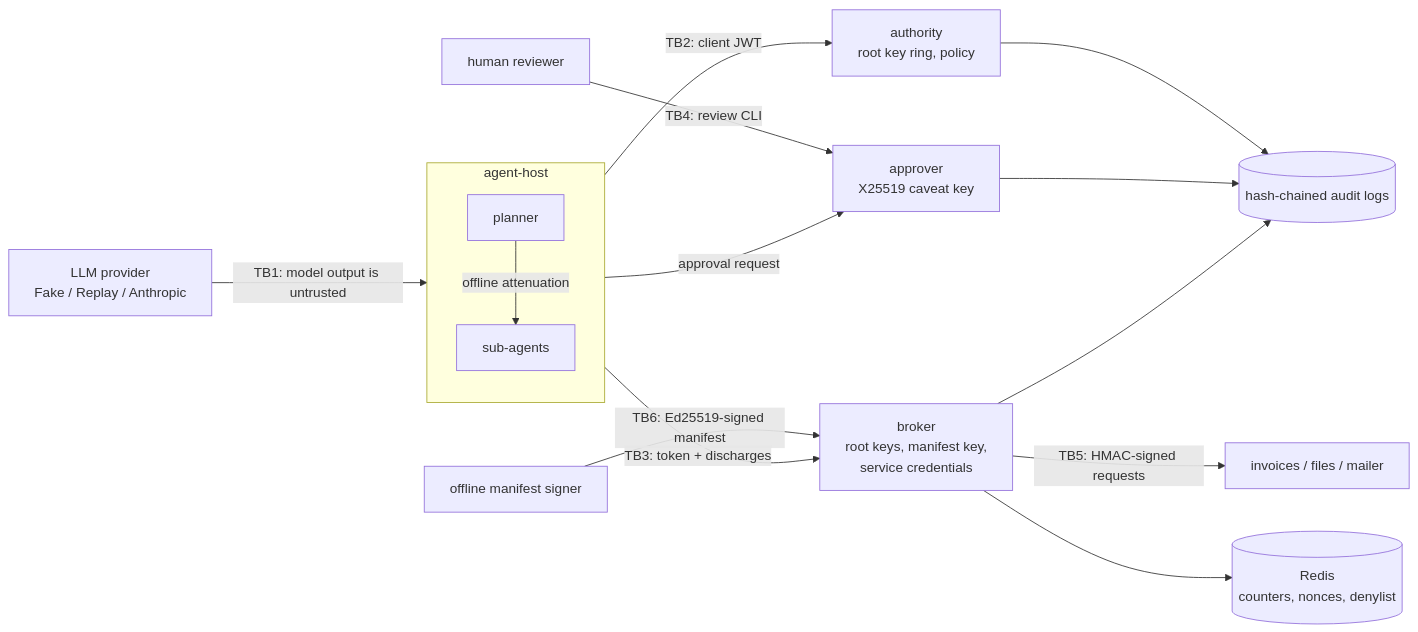
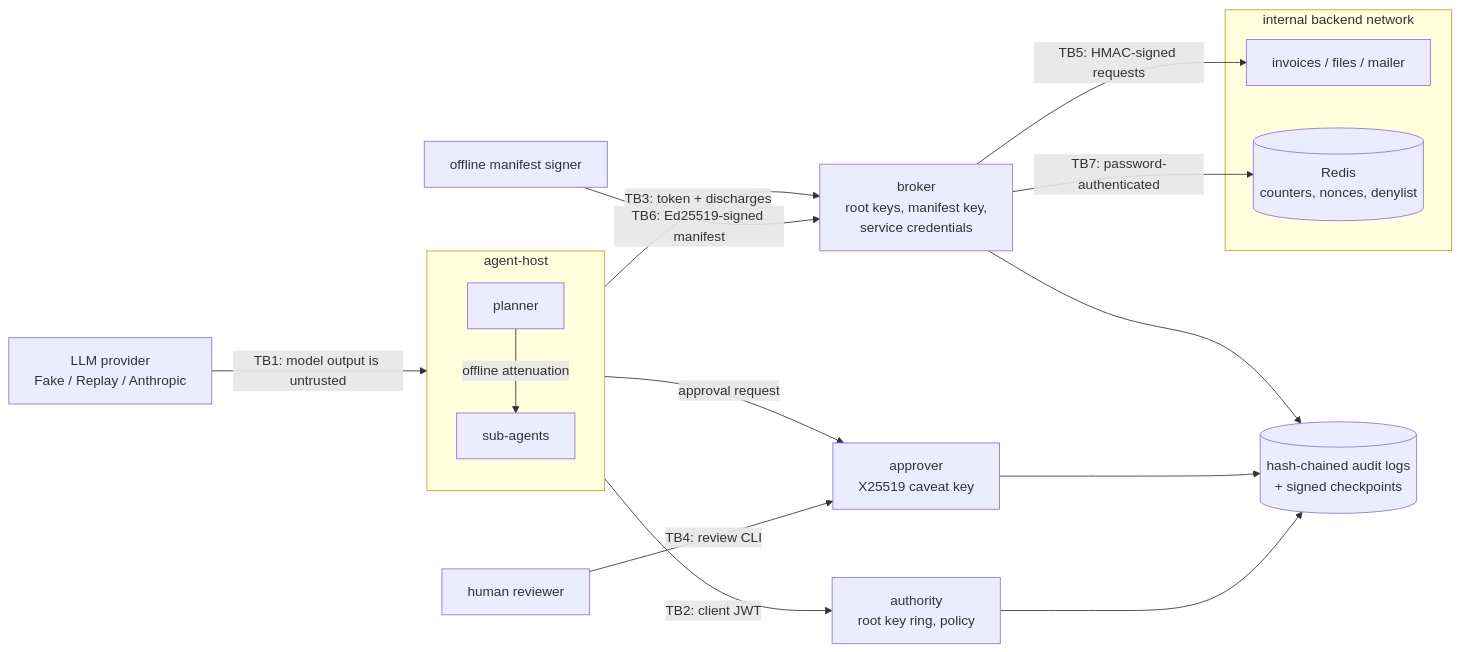
One commit to rouviere-german/capability-tool-broker changed the diagram in docs/THREAT_MODEL.md. Above: the diagram before and after it, drawn with Mermaid. The commit also changed other lines of this file and 6 other files, not shown here.

````diff
--- a/docs/THREAT_MODEL.md
+++ b/docs/THREAT_MODEL.md
@@ -9,15 +9,19 @@
 ```mermaid
 flowchart LR
     llm[LLM provider<br/>Fake / Replay / Anthropic] -- "TB1: model output is untrusted" --> host
     subgraph host[agent-host]
         planner[planner] -- "offline attenuation" --> sub[sub-agents]
     end
     host -- "TB2: client JWT" --> authority[authority<br/>root key ring, policy]
     host -- "TB3: token + discharges" --> broker[broker<br/>root keys, manifest key,<br/>service credentials]
     host -- "approval request" --> approver[approver<br/>X25519 caveat key]
     human[human reviewer] -- "TB4: review CLI" --> approver
-    broker -- "TB5: HMAC-signed requests" --> services[invoices / files / mailer]
-    broker --> redis[(Redis<br/>counters, nonces, denylist)]
-    authority & approver & broker --> audit[(hash-chained audit logs)]
+    subgraph backend[internal backend network]
+        services[invoices / files / mailer]
+        redis[(Redis<br/>counters, nonces, denylist)]
+    end
+    broker -- "TB5: HMAC-signed requests" --> services
+    broker -- "TB7: password-authenticated" --> redis
+    authority & approver & broker --> audit[(hash-chained audit logs<br/>+ signed checkpoints)]
     signer[offline manifest signer] -- "TB6: Ed25519-signed manifest" --> broker
 ```
````
